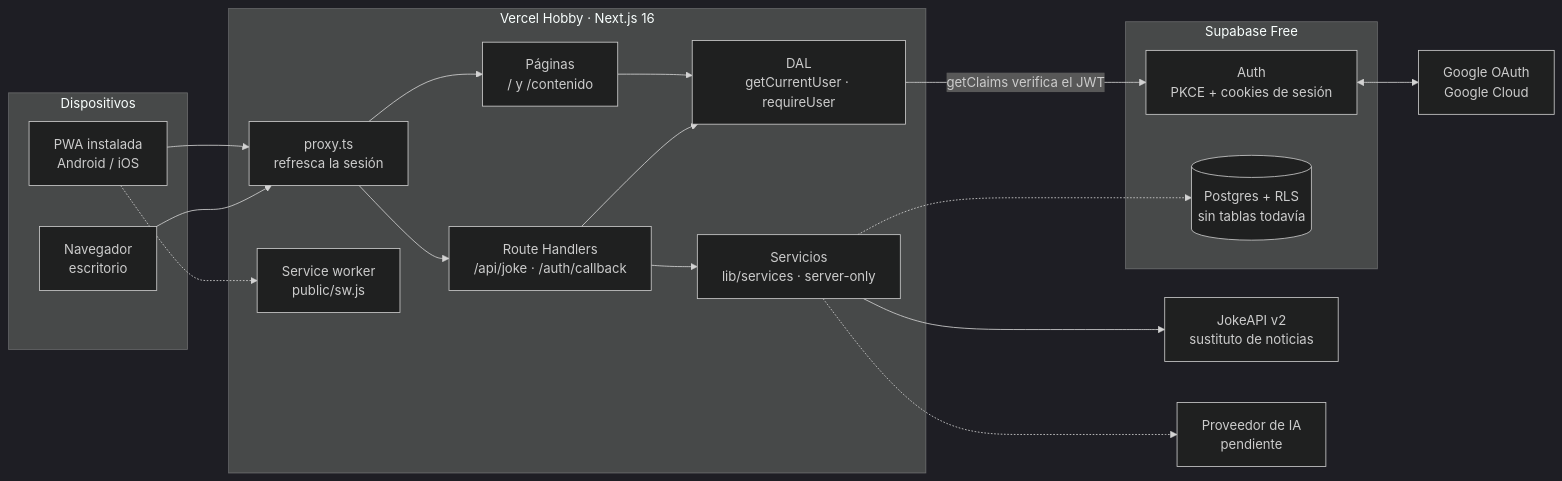
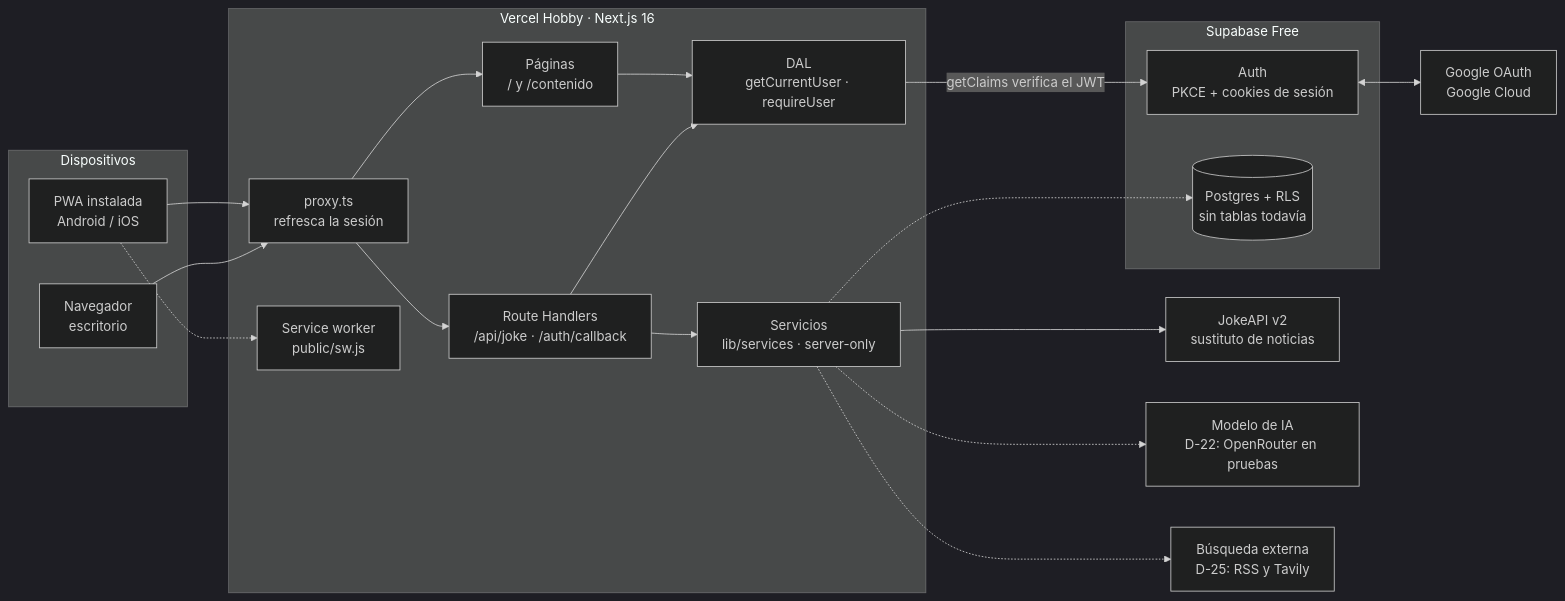
Before and after one commit to chuy-zip/RESPIA_NEWS: the first of 4 diagrams in docs/INFRA_HANDOFF.md, drawn with Mermaid (dark theme). The commit also changed other lines of this file and 5 other files, not shown here.

First line of the commit message:
docs(chat): búsqueda externa con RSS y Tavily (D-25) [RF-14]

````diff
--- a/docs/INFRA_HANDOFF.md
+++ b/docs/INFRA_HANDOFF.md
@@ -129,39 +129,41 @@
 ```mermaid
 flowchart LR
   subgraph Clientes["Dispositivos"]
     A["PWA instalada<br/>Android / iOS"]
     B["Navegador<br/>escritorio"]
   end
 
   subgraph Vercel["Vercel Hobby · Next.js 16"]
     P["proxy.ts<br/>refresca la sesión"]
     PG["Páginas<br/>/ y /contenido"]
     API["Route Handlers<br/>/api/joke · /auth/callback"]
     DAL["DAL<br/>getCurrentUser · requireUser"]
     SVC["Servicios<br/>lib/services · server-only"]
     SW["Service worker<br/>public/sw.js"]
   end
 
   subgraph Supabase["Supabase Free"]
     AUTH["Auth<br/>PKCE + cookies de sesión"]
     DB[("Postgres + RLS<br/>sin tablas todavía")]
   end
 
   G["Google OAuth<br/>Google Cloud"]
   J["JokeAPI v2<br/>sustituto de noticias"]
-  IA["Proveedor de IA<br/>pendiente"]
+  IA["Modelo de IA<br/>D-22: OpenRouter en pruebas"]
+  BX["Búsqueda externa<br/>D-25: RSS y Tavily"]
 
   A --> P
   B --> P
   A -.-> SW
   P --> PG
   P --> API
   PG --> DAL
   API --> DAL
   DAL -->|"getClaims verifica el JWT"| AUTH
   API --> SVC
   SVC --> J
   SVC -.-> IA
+  SVC -.-> BX
   SVC -.-> DB
   AUTH <--> G
 ```
````
